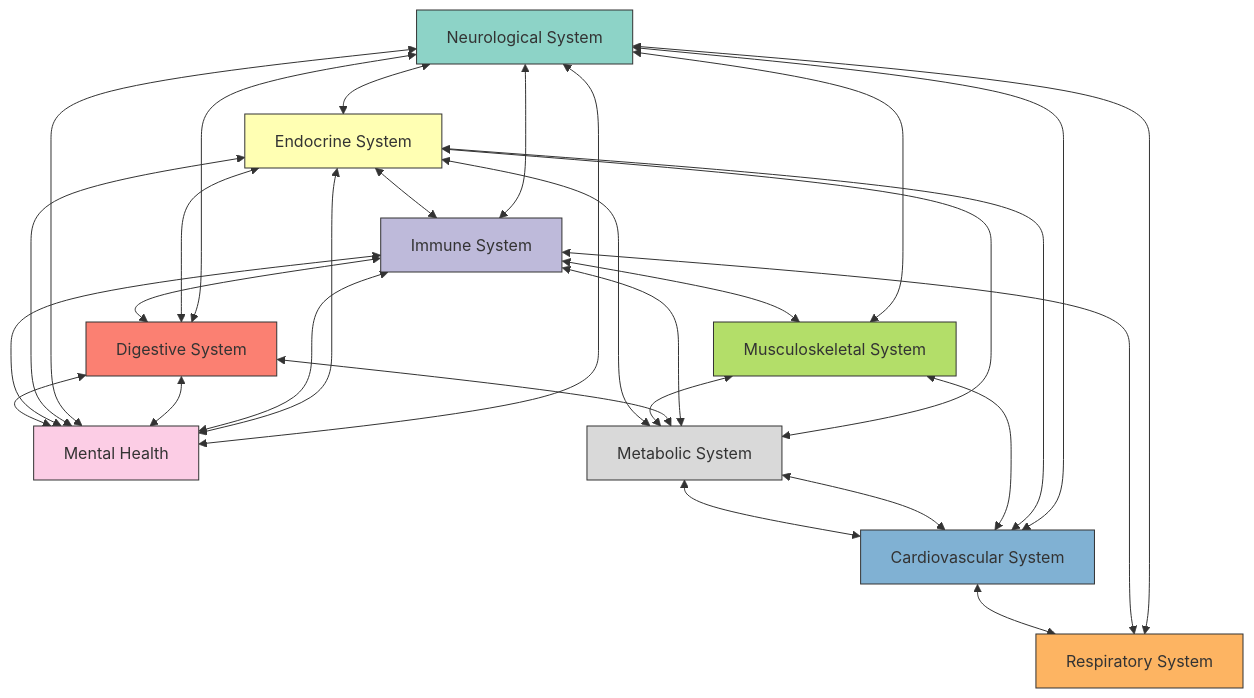
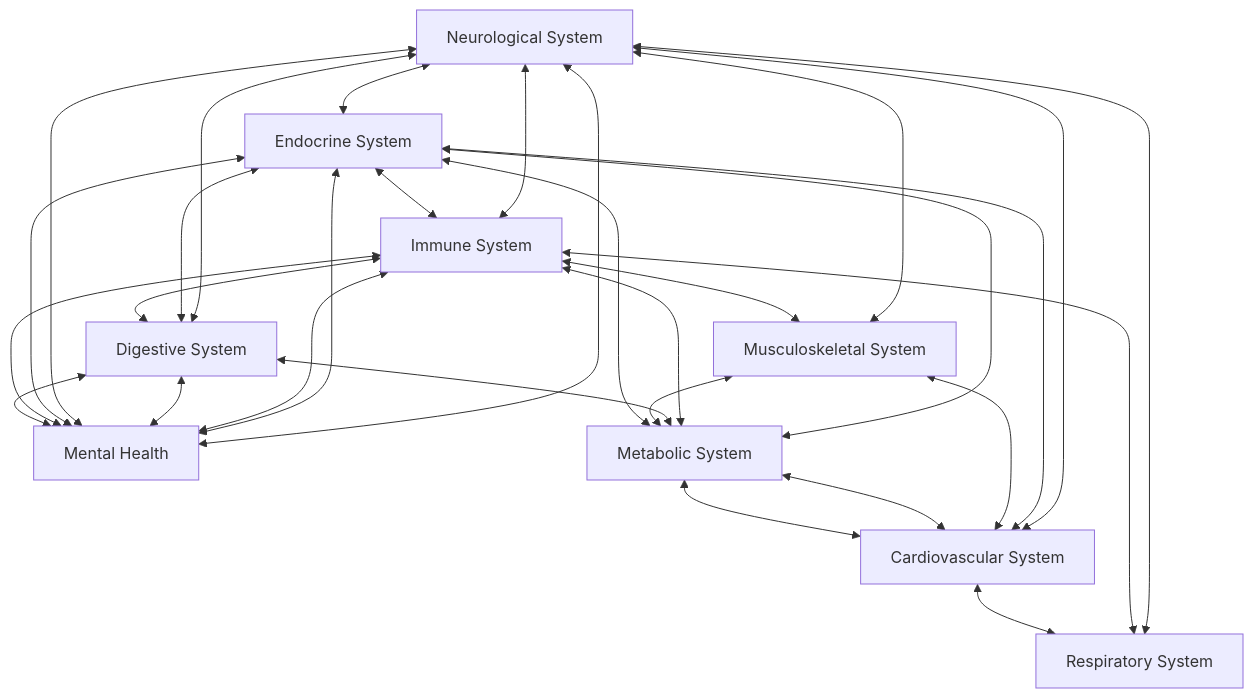
One commit to senthilcaesar/ai-doctor changed the first of 3 diagrams in SYSTEMS_MEDICINE_ENHANCEMENT.md. Above: the diagram before and after it, drawn with Mermaid. The commit also changed other lines of this file and 1 other file, not shown here.

````diff
--- a/SYSTEMS_MEDICINE_ENHANCEMENT.md
+++ b/SYSTEMS_MEDICINE_ENHANCEMENT.md
@@ -85,59 +85,49 @@
 ```mermaid
 graph TD
-    classDef neurological fill:#8dd3c7,stroke:#333,stroke-width:1px
-    classDef endocrine fill:#ffffb3,stroke:#333,stroke-width:1px
-    classDef immune fill:#bebada,stroke:#333,stroke-width:1px
-    classDef digestive fill:#fb8072,stroke:#333,stroke-width:1px
-    classDef cardiovascular fill:#80b1d3,stroke:#333,stroke-width:1px
-    classDef respiratory fill:#fdb462,stroke:#333,stroke-width:1px
-    classDef musculoskeletal fill:#b3de69,stroke:#333,stroke-width:1px
-    classDef mental fill:#fccde5,stroke:#333,stroke-width:1px
-    classDef metabolic fill:#d9d9d9,stroke:#333,stroke-width:1px
-
-    N[Neurological System]:::neurological
-    E[Endocrine System]:::endocrine
-    I[Immune System]:::immune
-    D[Digestive System]:::digestive
-    C[Cardiovascular System]:::cardiovascular
-    R[Respiratory System]:::respiratory
-    M[Musculoskeletal System]:::musculoskeletal
-    MH[Mental Health]:::mental
-    MT[Metabolic System]:::metabolic
+    N[Neurological System]
+    E[Endocrine System]
+    I[Immune System]
+    D[Digestive System]
+    C[Cardiovascular System]
+    R[Respiratory System]
+    M[Musculoskeletal System]
+    MH[Mental Health]
+    MT[Metabolic System]
 
     N <--> E
     N <--> I
     N <--> D
     N <--> MH
     N <--> C
     N <--> R
     N <--> M
 
     E <--> I
     E <--> D
     E <--> MT
     E <--> C
     E <--> MH
 
     I <--> D
     I <--> R
     I <--> M
     I <--> MH
     I <--> MT
 
     D <--> MT
     D <--> MH
 
     C <--> R
     C <--> MT
 
     M <--> MT
     M <--> C
 
     MT <--> E
     MT <--> C
 
     MH <--> N
     MH <--> E
     MH <--> I
     MH <--> D
 ```
````
